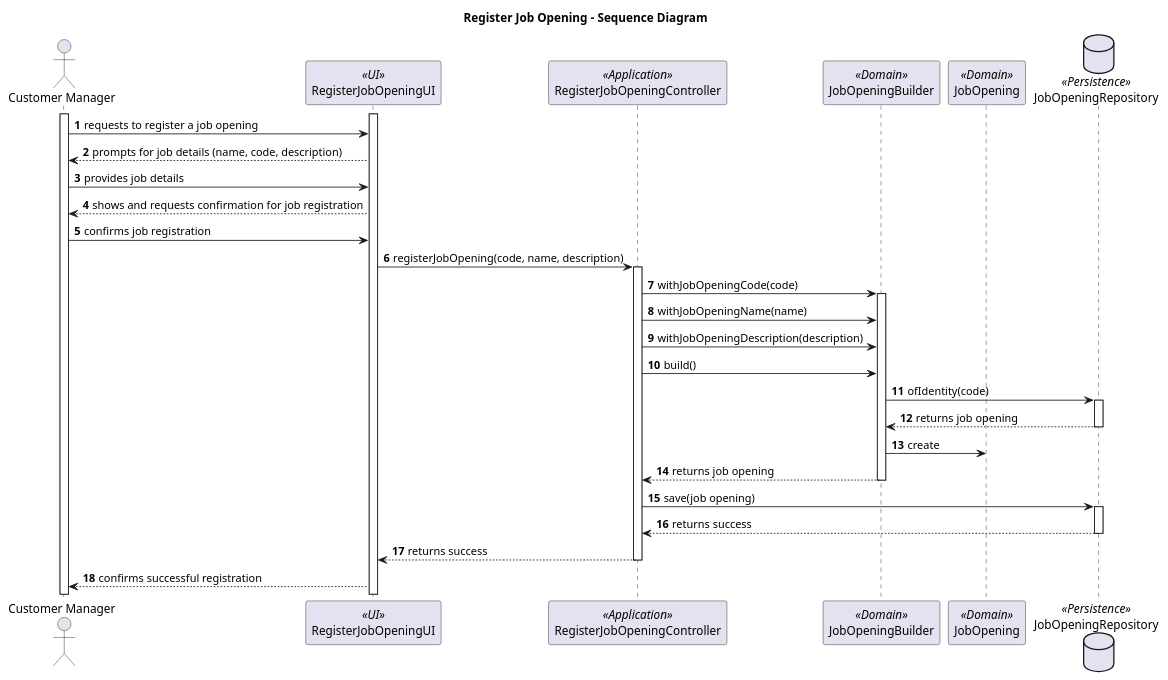
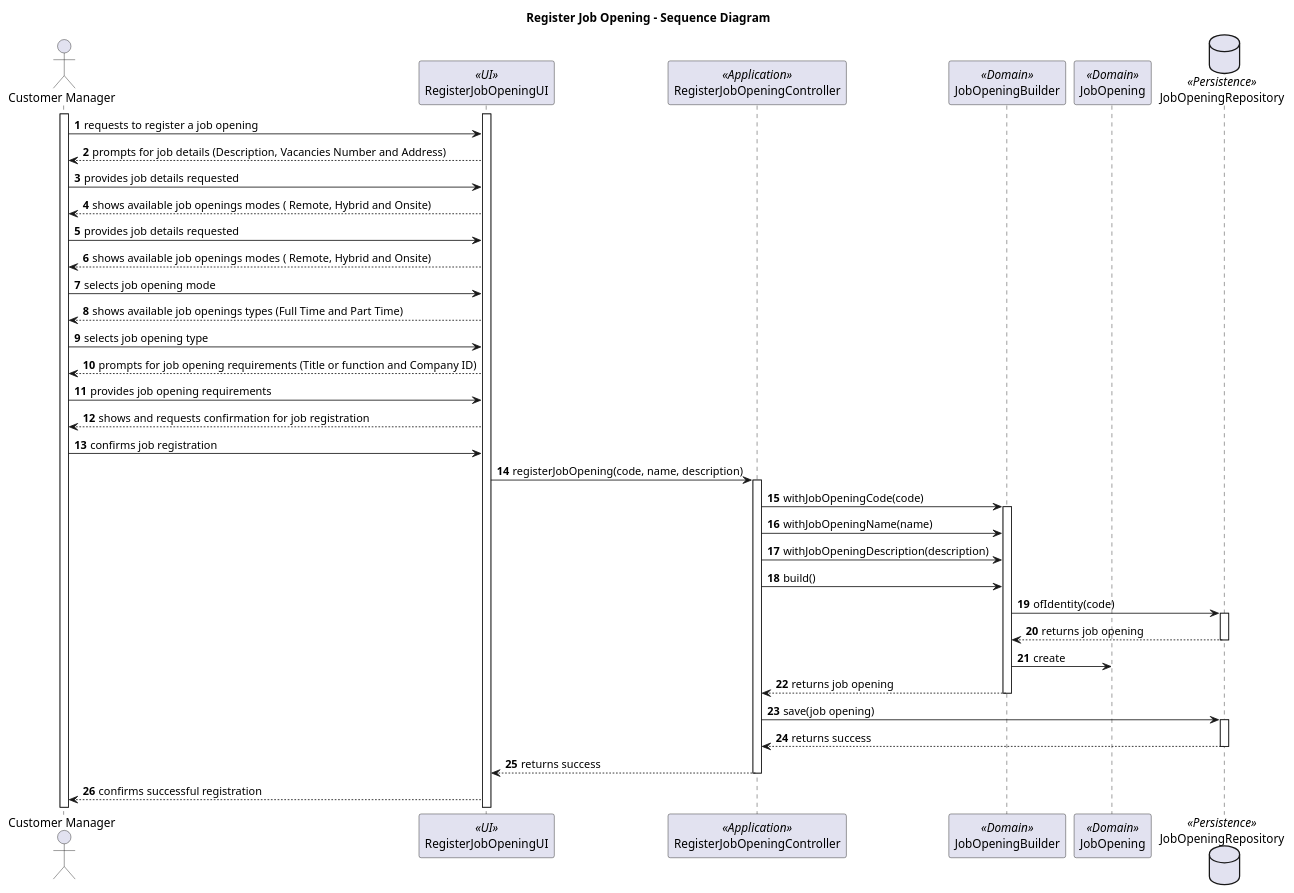
One commit to marcoferreira37/Lapr4 changed the diagram in docs/sprintB/1002/1002-sequence-diagram.puml. Above: the diagram before and after it, drawn with PlantUML. The commit also changed 1 other file, not shown here.

```diff
--- a/docs/sprintB/1002/1002-sequence-diagram.puml
+++ b/docs/sprintB/1002/1002-sequence-diagram.puml
@@ -1,57 +1,73 @@
 @startuml
 
 title Register Job Opening - Sequence Diagram
 
 autonumber
 actor "Customer Manager" as M
 participant RegisterJobOpeningUI as UI <<UI>>
 participant RegisterJobOpeningController as Controller <<Application>>
 participant JobOpeningBuilder as JB <<Domain>>
 participant JobOpening as JO <<Domain>>
 database JobOpeningRepository as JRepo <<Persistence>>
 
 activate M
 activate UI
 
 M -> UI : requests to register a job opening
 
-UI --> M :prompts for job details (name, code, description)
+UI --> M : prompts for job details (Description, Vacancies Number and Address)
 
-M -> UI : provides job details
+M -> UI : provides job details requested
+
+UI --> M :  shows available job openings modes ( Remote, Hybrid and Onsite)
+
+M -> UI : provides job details requested
+
+UI --> M : shows available job openings modes ( Remote, Hybrid and Onsite)
+
+M -> UI : selects job opening mode
+
+UI --> M : shows available job openings types (Full Time and Part Time)
+
+M -> UI : selects job opening type
+
+UI --> M :  prompts for job opening requirements (Title or function and Company ID)
+
+M -> UI : provides job opening requirements
 
 UI --> M : shows and requests confirmation for job registration
 
 M -> UI : confirms job registration
 
 UI -> Controller: registerJobOpening(code, name, description)
 
 activate Controller
 
 Controller -> JB: withJobOpeningCode(code)
 activate JB
 Controller -> JB: withJobOpeningName(name)
 Controller -> JB: withJobOpeningDescription(description)
 Controller -> JB: build()
 
 JB -> JRepo: ofIdentity(code)
 activate JRepo
 
 JRepo --> JB: returns job opening
 deactivate JRepo
 JB -> JO: create
 JB --> Controller: returns job opening
 deactivate JB
 
 
 
 Controller -> JRepo: save(job opening)
 activate JRepo
 
 JRepo --> Controller: returns success
 deactivate JRepo
 Controller --> UI: returns success
 deactivate Controller
 
 UI --> M: confirms successful registration
 
 @enduml
```
